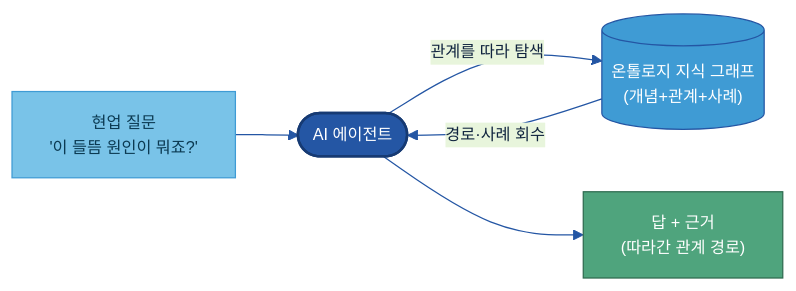
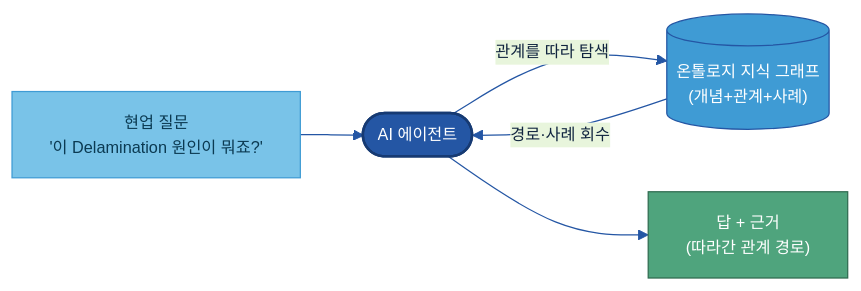
Before and after one commit to jin-kearney/ai-ready-data-manual: the seventh of 8 diagrams in 가이드 작성/B-3 온톨로지/B-3 온톨로지.md, drawn with Mermaid. The commit also changed other lines of this file and 1 other file, not shown here.

First line of the commit message:
docs(B-3): 용어 표기 일괄 정리 — 영문 병기 제거 + 들뜸→Delamination

````diff
--- a/가이드 작성/B-3 온톨로지/B-3 온톨로지.md
+++ b/가이드 작성/B-3 온톨로지/B-3 온톨로지.md
@@ -716,16 +716,16 @@
 ```mermaid
 %%{init: {'theme':'base','themeVariables':{'primaryColor':'#DCE8F5','primaryBorderColor':'#2456A4','primaryTextColor':'#10243f','lineColor':'#2456A4','clusterBkg':'#EEF4FB','clusterBorder':'#6B9AD1','fontSize':'13px'}}}%%
 flowchart LR
-    Q["현업 질문\n'이 들뜸 원인이 뭐죠?'"]:::src
+    Q["현업 질문\n'이 Delamination 원인이 뭐죠?'"]:::src
     AG(["AI 에이전트"]):::cat
     KG[("온톨로지 지식 그래프\n(개념+관계+사례)")]:::gate
     ANS["답 + 근거\n(따라간 관계 경로)"]:::loop
     Q --> AG
     AG -->|"관계를 따라 탐색"| KG
     KG -->|"경로·사례 회수"| AG
     AG --> ANS
     classDef src fill:#79C3E8,stroke:#3F9BD4,color:#0b3a52;
     classDef cat fill:#2456A4,color:#fff,stroke:#163a73,stroke-width:2px;
     classDef gate fill:#3F9BD4,stroke:#2456A4,color:#fff;
     classDef loop fill:#4FA47D,stroke:#2f6b50,color:#fff;
 ```
````
